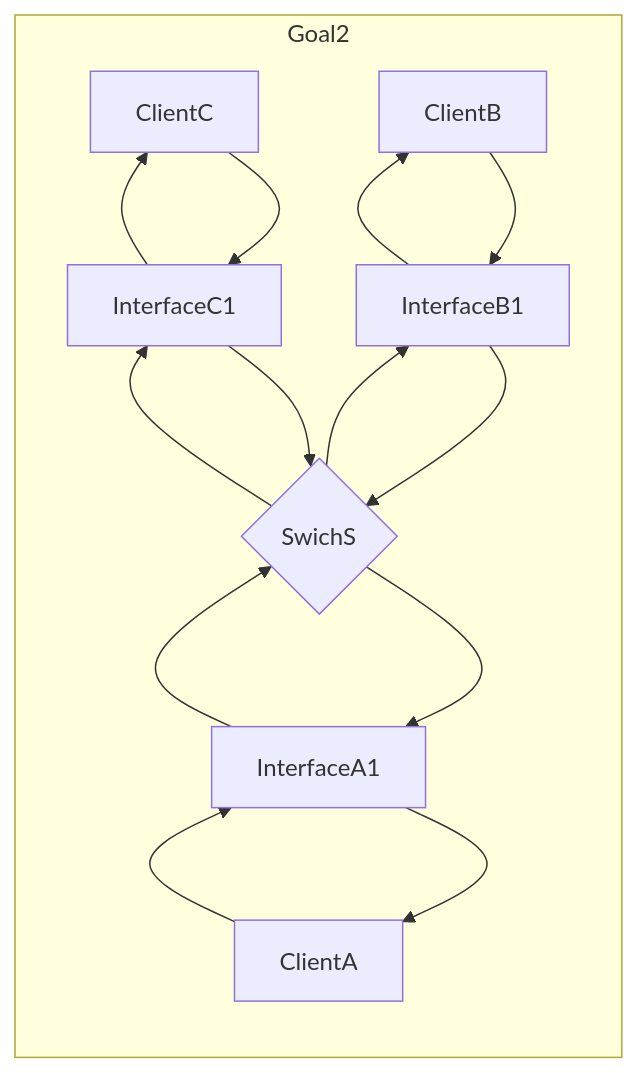
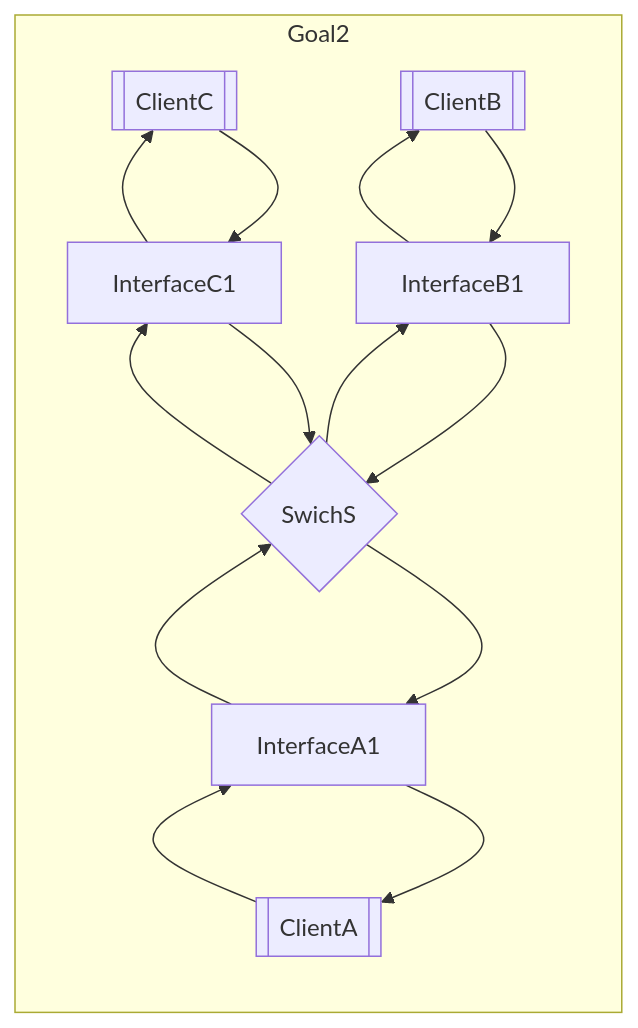
One commit to rikeda-cloud/net_practice changed the first of 2 diagrams in level3.md. Above: the diagram before and after it, drawn with Mermaid. The commit also changed other lines of this file and 6 other files, not shown here.

````diff
--- a/level3.md
+++ b/level3.md
@@ -14,19 +14,19 @@
 ```mermaid
 flowchart
 subgraph Goal2
     direction BT
-    CA[ClientA]
-    CB[ClientB]
-    CC[ClientC]
+    CA[[ClientA]]
+    CB[[ClientB]]
+    CC[[ClientC]]
     IA[InterfaceA1]
     IB[InterfaceB1]
     IC[InterfaceC1]
     S{SwichS}
     CA-->IA-->CA
     IA-->S-->IA
     CC-->IC-->CC
     IC-->S-->IC
     CB-->IB-->CB
     IB-->S-->IB
 end
 ```
````
